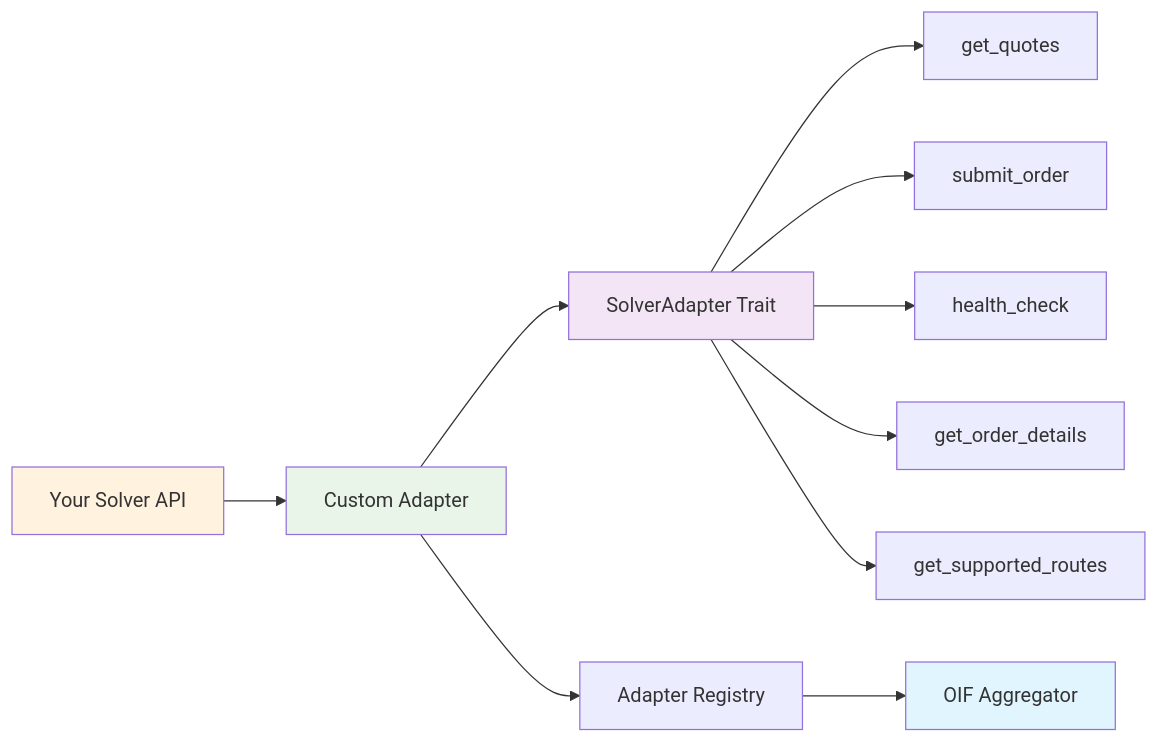
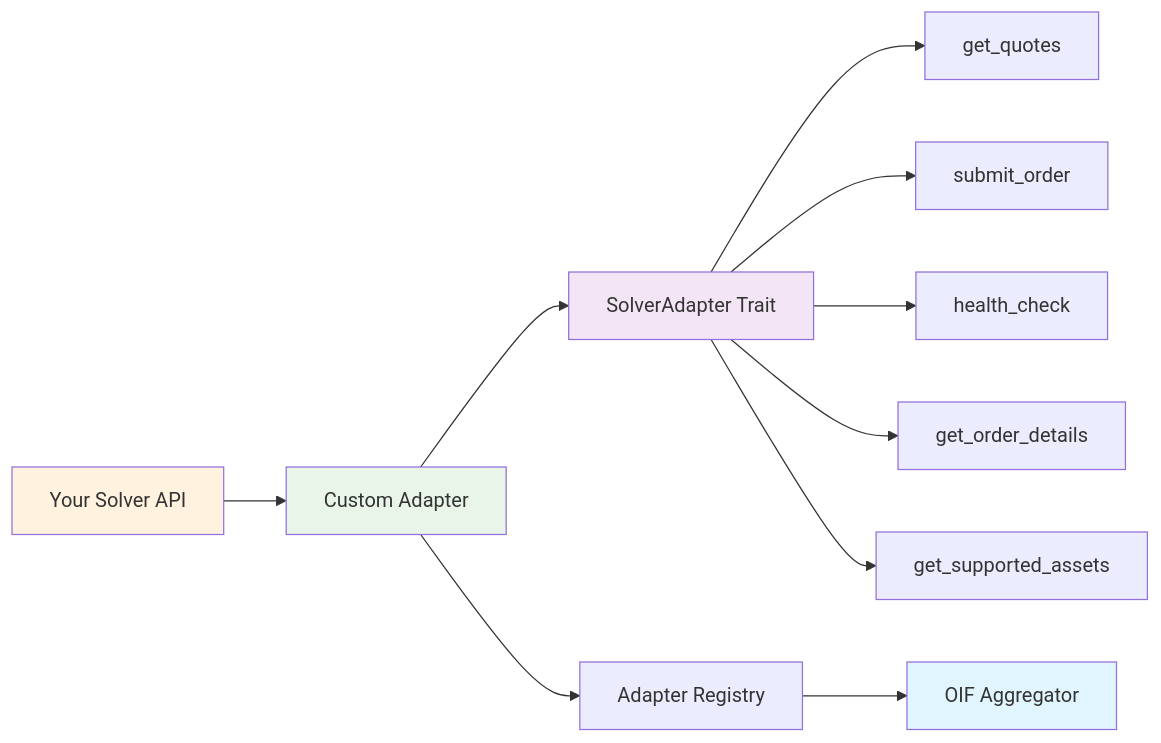
One commit to openintentsframework/oif-aggregator changed the second of 2 diagrams in docs/custom-adapters.md. Above: the diagram before and after it, drawn with Mermaid. The commit also changed other lines of this file and 26 other files, not shown here.

Commit message:
refactor: use both assets and routes

````diff
--- a/docs/custom-adapters.md
+++ b/docs/custom-adapters.md
@@ -22,18 +22,18 @@
 ```mermaid
 graph LR
     A[Your Solver API] --> B[Custom Adapter]
     B --> C[SolverAdapter Trait]
     C --> D[get_quotes]
     C --> E[submit_order]
     C --> F[health_check]
     C --> G[get_order_details]
-    C --> H[get_supported_routes]
+    C --> H[get_supported_assets]
     
     B --> J[Adapter Registry]
     J --> K[OIF Aggregator]
     
     style A fill:#fff3e0
     style B fill:#e8f5e8
     style C fill:#f3e5f5
     style K fill:#e1f5fe
 ```
````
